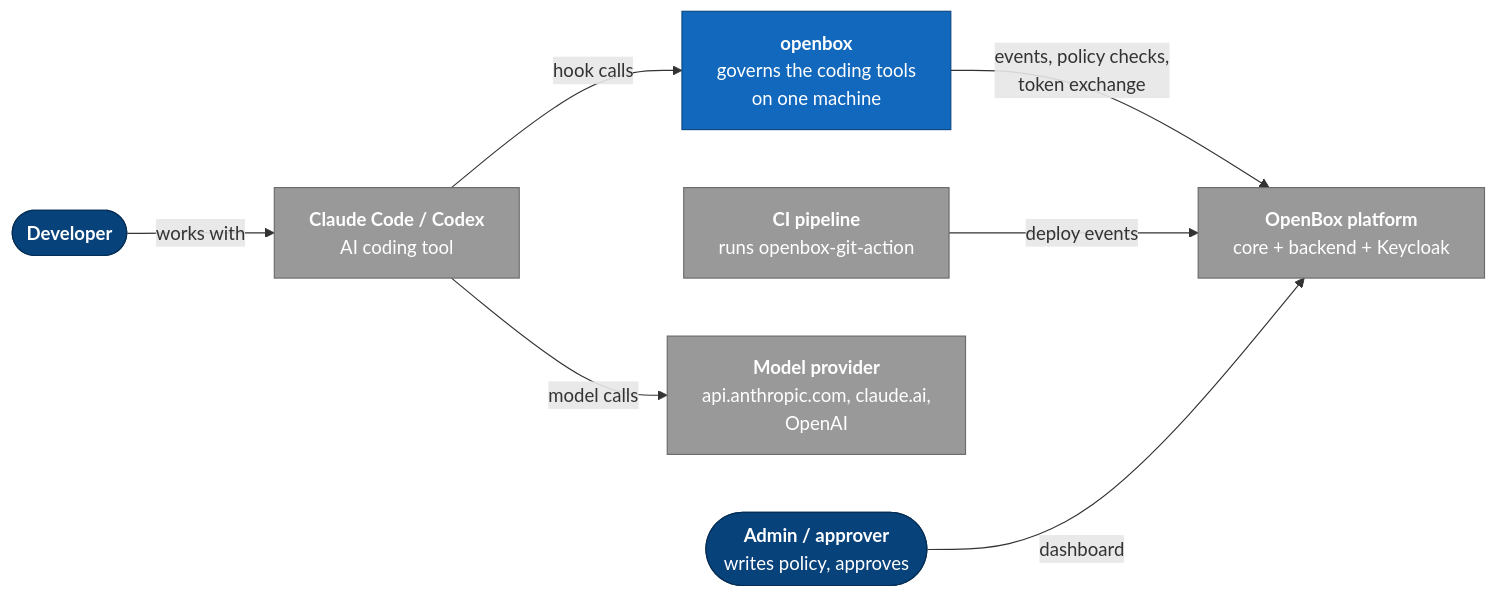
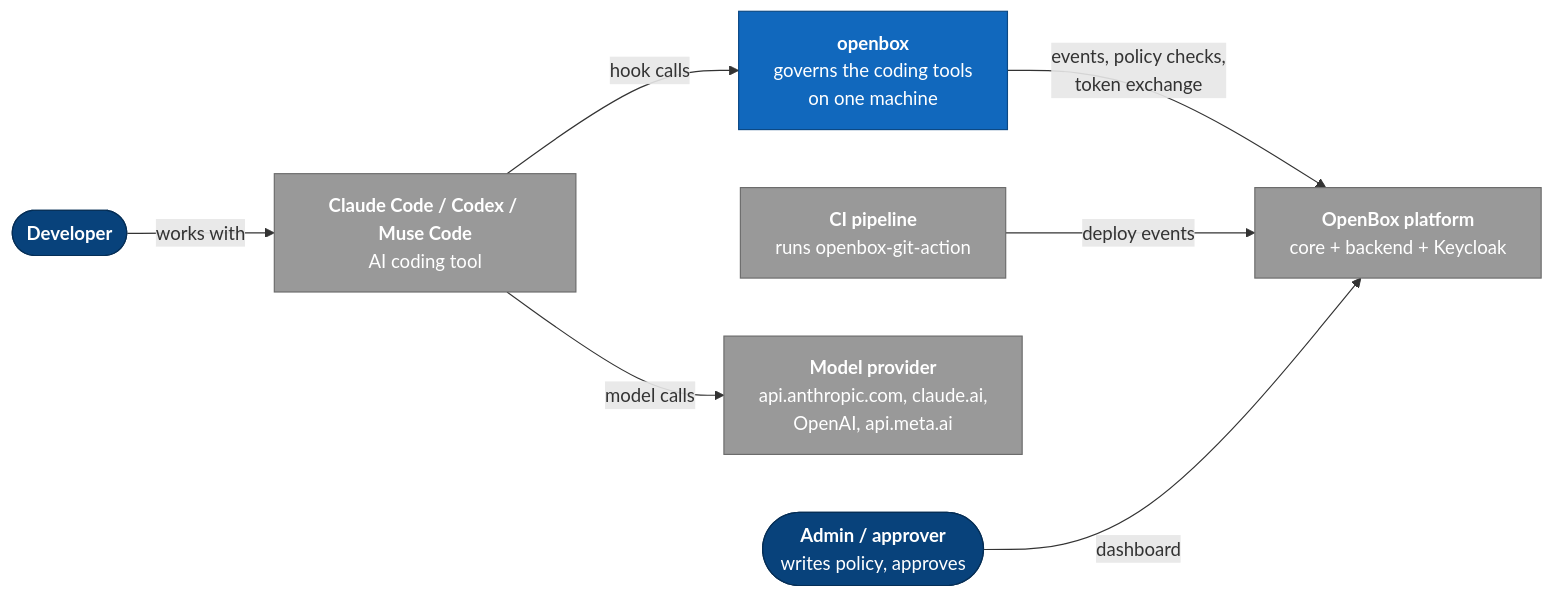
One commit to OpenBox-AI/openbox-shift-left changed the first of 4 diagrams in docs/architecture.md. Above: the diagram before and after it, drawn with Mermaid. The commit also changed other lines of this file and 9 other files, not shown here.

First line of the commit message:
docs: document Muse Code as the third governed tool

````diff
--- a/docs/architecture.md
+++ b/docs/architecture.md
@@ -34,22 +34,22 @@
 ```mermaid
 flowchart LR
   dev(["<b>Developer</b>"]):::person
   admin(["<b>Admin / approver</b><br/>writes policy, approves"]):::person
-  tool["<b>Claude Code / Codex</b><br/>AI coding tool"]:::external
+  tool["<b>Claude Code / Codex / Muse Code</b><br/>AI coding tool"]:::external
   ob["<b>openbox</b><br/>governs the coding tools<br/>on one machine"]:::system
-  model["<b>Model provider</b><br/>api.anthropic.com, claude.ai,<br/>OpenAI"]:::external
+  model["<b>Model provider</b><br/>api.anthropic.com, claude.ai,<br/>OpenAI, api.meta.ai"]:::external
   platform["<b>OpenBox platform</b><br/>core + backend + Keycloak"]:::external
   ci["<b>CI pipeline</b><br/>runs openbox-git-action"]:::external
   dev -- "works with" --> tool
   tool -- "hook calls" --> ob
   tool -- "model calls" --> model
   ob -- "events, policy checks,<br/>token exchange" --> platform
   ci -- "deploy events" --> platform
   admin -- dashboard --> platform
   classDef person fill:#08427b,stroke:#052e56,color:#fff
   classDef system fill:#1168bd,stroke:#0b4884,color:#fff
   classDef container fill:#438dd5,stroke:#2e6295,color:#fff
   classDef component fill:#85bbf0,stroke:#5d82a8,color:#000
   classDef store fill:#438dd5,stroke:#2e6295,color:#fff
   classDef external fill:#999999,stroke:#6b6b6b,color:#fff
 ```
````
